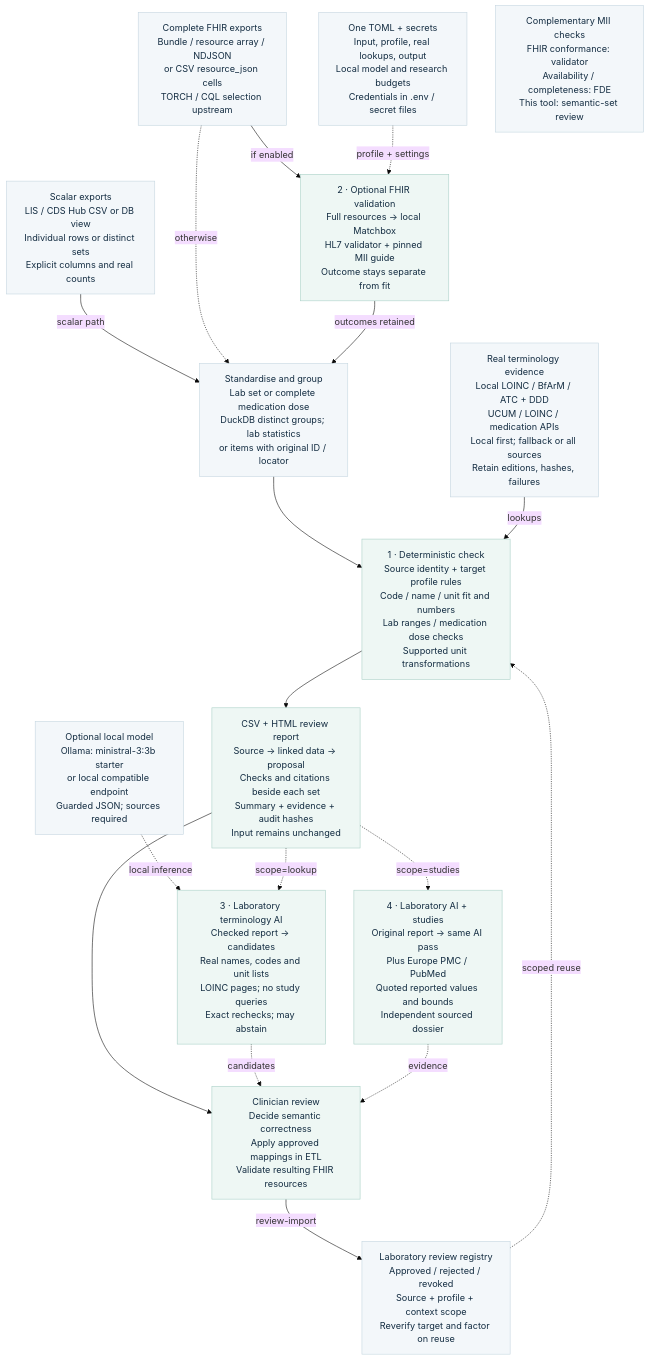
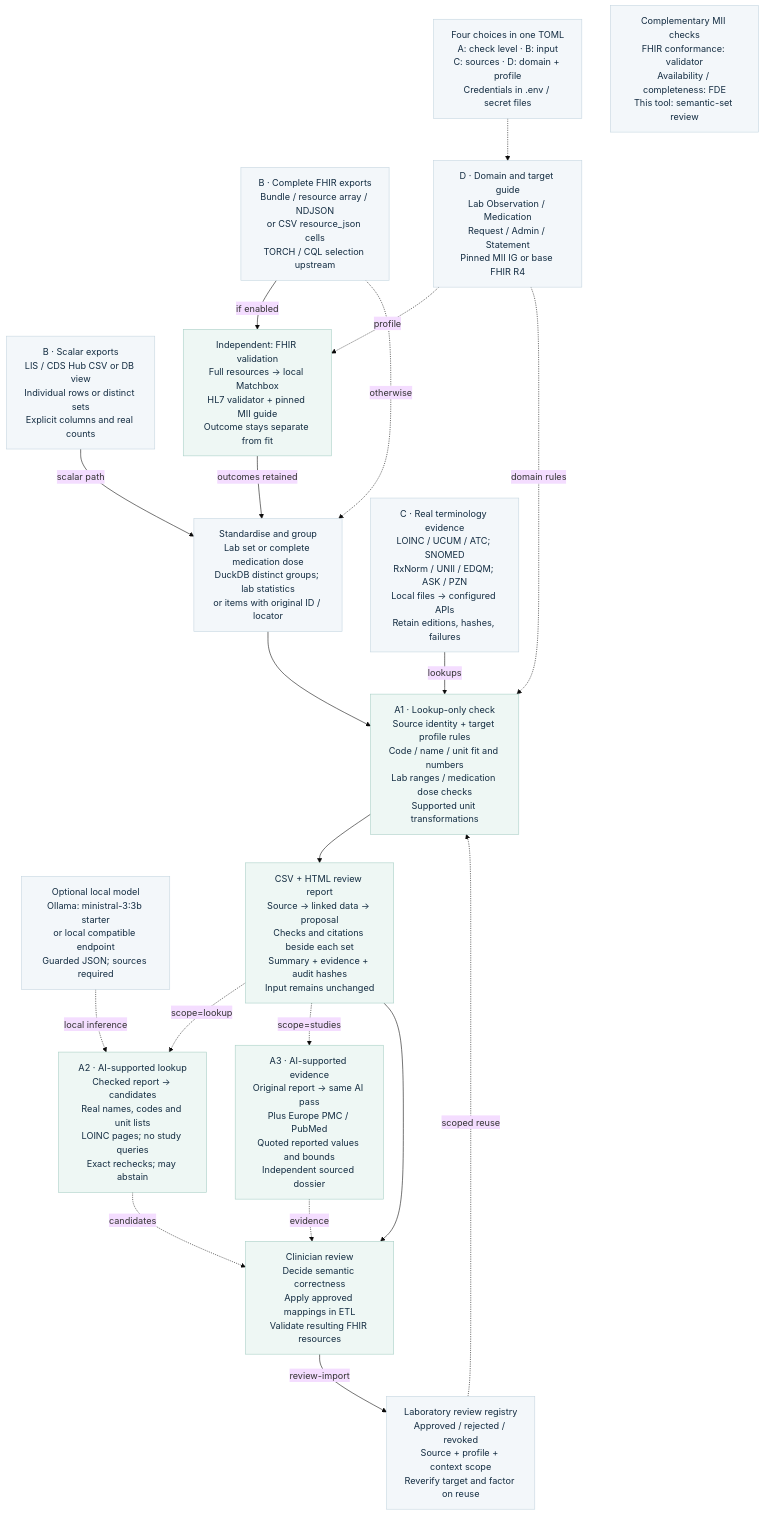
One commit to neumdan/semantic-plausibility changed the diagram in docs/architecture.mmd. Above: the diagram before and after it, drawn with Mermaid (base theme). The commit also changed 50 other files, not shown here.

```diff
--- a/docs/architecture.mmd
+++ b/docs/architecture.mmd
@@ -1,37 +1,40 @@
 %% Same node/edge contract as architecture.svg.
 flowchart TD
-    SCALAR["Scalar exports<br/>LIS / CDS Hub CSV or DB view<br/>Individual rows or distinct sets<br/>Explicit columns and real counts"]
-    FHIR["Complete FHIR exports<br/>Bundle / resource array / NDJSON<br/>or CSV resource_json cells<br/>TORCH / CQL selection upstream"]
-    CONFIG["One TOML + secrets<br/>Input, profile, real lookups, output<br/>Local model and research budgets<br/>Credentials in .env / secret files"]
-    VALIDATE["2 · Optional FHIR validation<br/>Full resources → local Matchbox<br/>HL7 validator + pinned MII guide<br/>Outcome stays separate from fit"]
+    SCALAR["B · Scalar exports<br/>LIS / CDS Hub CSV or DB view<br/>Individual rows or distinct sets<br/>Explicit columns and real counts"]
+    FHIR["B · Complete FHIR exports<br/>Bundle / resource array / NDJSON<br/>or CSV resource_json cells<br/>TORCH / CQL selection upstream"]
+    CONFIG["Four choices in one TOML<br/>A: check level · B: input<br/>C: sources · D: domain + profile<br/>Credentials in .env / secret files"]
+    VALIDATE["Independent: FHIR validation<br/>Full resources → local Matchbox<br/>HL7 validator + pinned MII guide<br/>Outcome stays separate from fit"]
+    DOMAIN["D · Domain and target guide<br/>Lab Observation / Medication<br/>Request / Admin / Statement<br/>Pinned MII IG or base FHIR R4"]
     NORMAL["Standardise and group<br/>Lab set or complete medication dose<br/>DuckDB distinct groups; lab statistics<br/>or items with original ID / locator"]
-    SOURCES["Real terminology evidence<br/>Local LOINC / BfArM / ATC + DDD<br/>UCUM / LOINC / medication APIs<br/>Local first; fallback or all sources<br/>Retain editions, hashes, failures"]
-    CHECK["1 · Deterministic check<br/>Source identity + target profile rules<br/>Code / name / unit fit and numbers<br/>Lab ranges / medication dose checks<br/>Supported unit transformations"]
+    SOURCES["C · Real terminology evidence<br/>LOINC / UCUM / ATC; SNOMED<br/>RxNorm / UNII / EDQM; ASK / PZN<br/>Local files → configured APIs<br/>Retain editions, hashes, failures"]
+    CHECK["A1 · Lookup-only check<br/>Source identity + target profile rules<br/>Code / name / unit fit and numbers<br/>Lab ranges / medication dose checks<br/>Supported unit transformations"]
     MODEL["Optional local model<br/>Ollama: ministral-3:3b starter<br/>or local compatible endpoint<br/>Guarded JSON; sources required"]
-    AI["3 · Laboratory terminology AI<br/>Checked report → candidates<br/>Real names, codes and unit lists<br/>LOINC pages; no study queries<br/>Exact rechecks; may abstain"]
+    AI["A2 · AI-supported lookup<br/>Checked report → candidates<br/>Real names, codes and unit lists<br/>LOINC pages; no study queries<br/>Exact rechecks; may abstain"]
     OUTPUT["CSV + HTML review report<br/>Source → linked data → proposal<br/>Checks and citations beside each set<br/>Summary + evidence + audit hashes<br/>Input remains unchanged"]
-    STUDIES["4 · Laboratory AI + studies<br/>Original report → same AI pass<br/>Plus Europe PMC / PubMed<br/>Quoted reported values and bounds<br/>Independent sourced dossier"]
+    STUDIES["A3 · AI-supported evidence<br/>Original report → same AI pass<br/>Plus Europe PMC / PubMed<br/>Quoted reported values and bounds<br/>Independent sourced dossier"]
     REGISTRY["Laboratory review registry<br/>Approved / rejected / revoked<br/>Source + profile + context scope<br/>Reverify target and factor on reuse"]
     EXPERT["Clinician review<br/>Decide semantic correctness<br/>Apply approved mappings in ETL<br/>Validate resulting FHIR resources"]
     MII["Complementary MII checks<br/>FHIR conformance: validator<br/>Availability / completeness: FDE<br/>This tool: semantic-set review"]
     SCALAR --> |"scalar path"| NORMAL
     FHIR --> |"if enabled"| VALIDATE
     FHIR -.-> |"otherwise"| NORMAL
-    CONFIG -.-> |"profile + settings"| VALIDATE
+    CONFIG -.-> DOMAIN
+    DOMAIN -.-> |"profile"| VALIDATE
+    DOMAIN -.-> |"domain rules"| CHECK
     VALIDATE --> |"outcomes retained"| NORMAL
     NORMAL --> CHECK
     SOURCES --> |"lookups"| CHECK
     CHECK --> OUTPUT
     MODEL -.-> |"local inference"| AI
     OUTPUT -.-> |"scope=lookup"| AI
     OUTPUT -.-> |"scope=studies"| STUDIES
     OUTPUT --> EXPERT
     AI -.-> |"candidates"| EXPERT
     STUDIES -.-> |"evidence"| EXPERT
     EXPERT --> |"review-import"| REGISTRY
     REGISTRY -.-> |"scoped reuse"| CHECK
     classDef normal fill:#f3f7fa,stroke:#c4d5df,color:#142d42
-    class SCALAR,FHIR,CONFIG,NORMAL,SOURCES,MODEL,REGISTRY,MII normal
+    class SCALAR,FHIR,CONFIG,DOMAIN,NORMAL,SOURCES,MODEL,REGISTRY,MII normal
     classDef teal fill:#eef7f4,stroke:#a8cfc6,color:#142d42
     class VALIDATE,CHECK,AI,OUTPUT,STUDIES,EXPERT teal
     classDef error fill:#fcf1f3,stroke:#ecc7cf,color:#142d42
```
